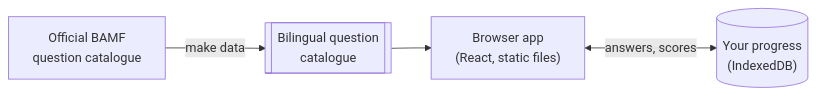
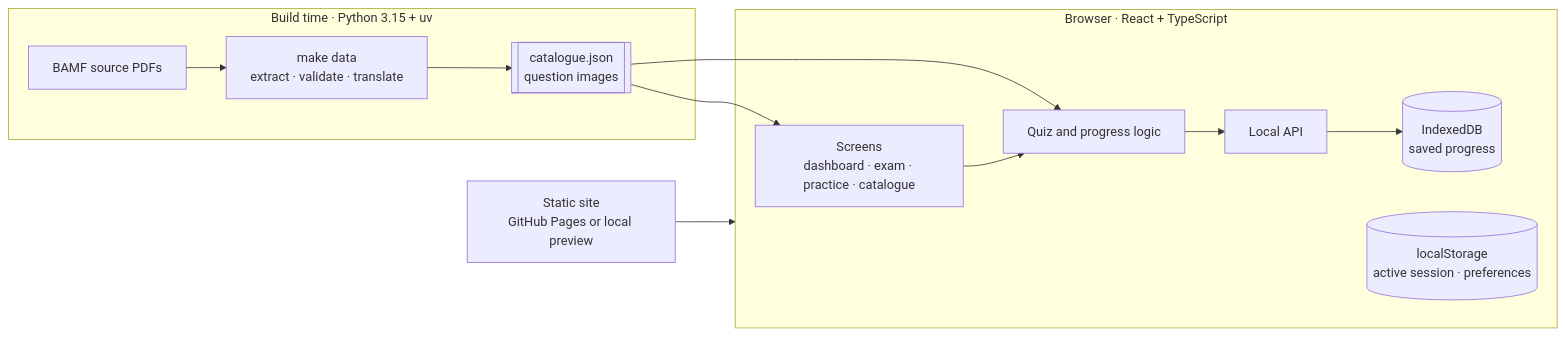
One commit to IndrajeetPatil/einbuergerungstest changed the first of 2 diagrams in README.md. Above: the diagram before and after it, drawn with Mermaid. The commit also changed other lines of this file, not shown here.

Commit message:
docs(readme): illustrate application stack and deployment

````diff
--- a/README.md
+++ b/README.md
@@ -42,6 +42,17 @@
 ```mermaid
 flowchart LR
-  BAMF["Official BAMF<br/>question catalogue"] -- "make data" --> Catalogue[["Bilingual question<br/>catalogue"]]
-  Catalogue --> App["Browser app<br/>(React, static files)"]
-  App <-- "answers, scores" --> DB[("Your progress<br/>(IndexedDB)")]
+  subgraph Build["Build time · Python 3.15 + uv"]
+    BAMF["BAMF source PDFs"] --> Data["make data<br/>extract · validate · translate"]
+    Data --> Catalogue[["catalogue.json<br/>question images"]]
+  end
+
+  subgraph Browser["Browser · React + TypeScript"]
+    Screens["Screens<br/>dashboard · exam · practice · catalogue"] --> Rules["Quiz and progress logic"]
+    Rules --> API["Local API"] --> IDB[("IndexedDB<br/>saved progress")]
+    Session[("localStorage<br/>active session · preferences")]
+    Catalogue --> Screens
+    Catalogue --> Rules
+  end
+
+  Static["Static site<br/>GitHub Pages or local preview"] --> Browser
 ```
````
